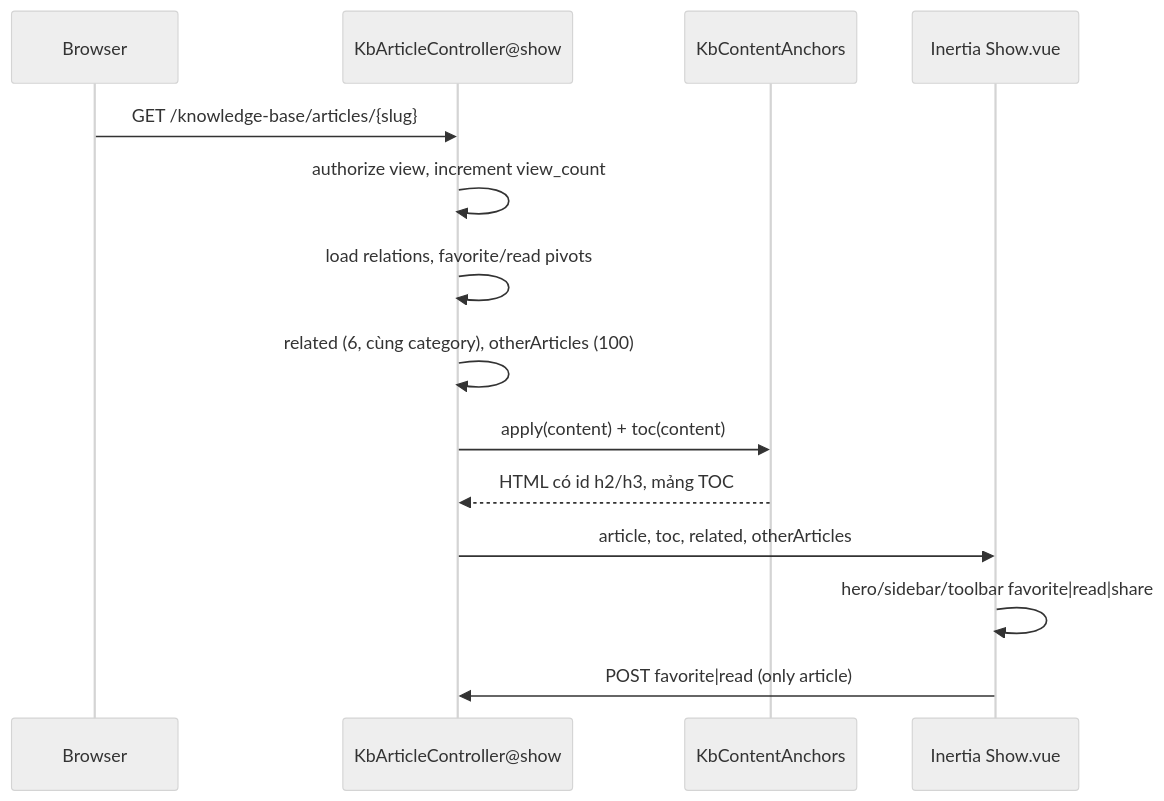
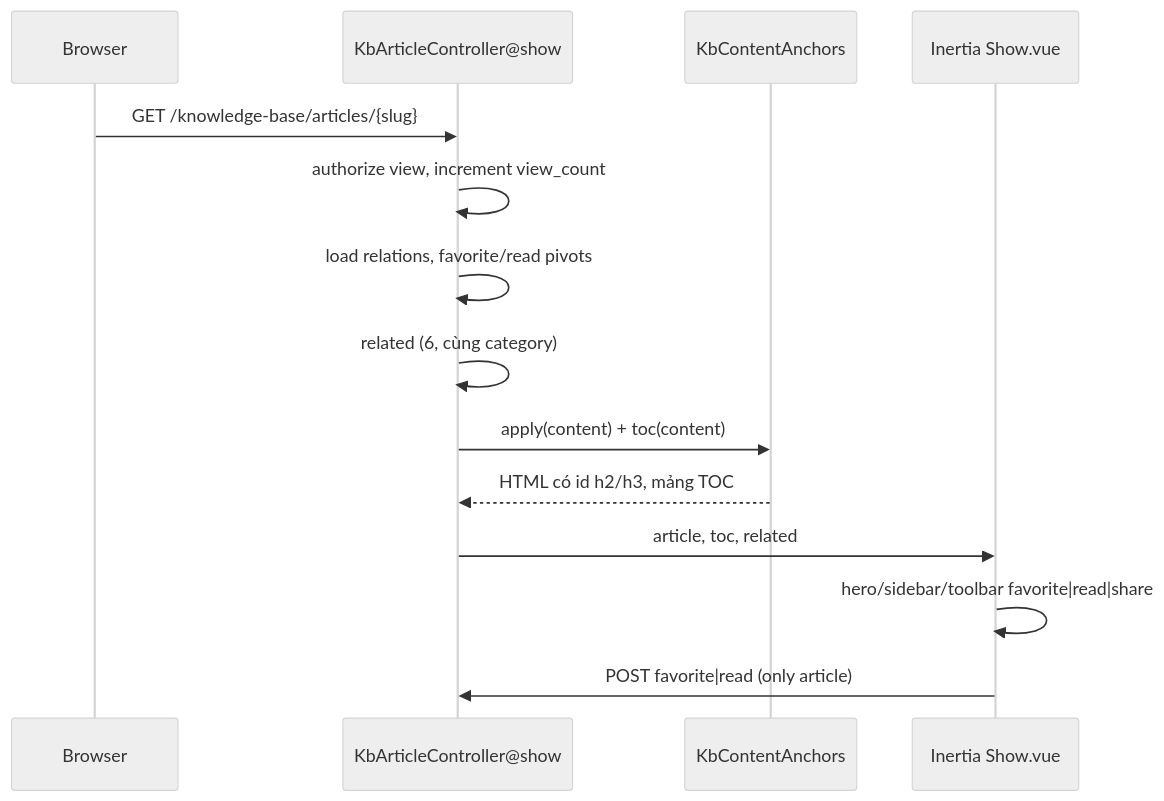
Before and after one commit to EasyToBuildWithKane/va-qlda: the first of 4 diagrams in docs/KNOWLEDGE_BASE.md, drawn with Mermaid (neutral theme). The commit also changed other lines of this file and 7 other files, not shown here.

````diff
--- a/docs/KNOWLEDGE_BASE.md
+++ b/docs/KNOWLEDGE_BASE.md
@@ -65,17 +65,17 @@
 ```mermaid
 sequenceDiagram
   participant B as Browser
   participant C as KbArticleController@show
   participant P as KbContentAnchors
   participant I as Inertia Show.vue
 
   B->>C: GET /knowledge-base/articles/{slug}
   C->>C: authorize view, increment view_count
   C->>C: load relations, favorite/read pivots
-  C->>C: related (6, cùng category), otherArticles (100)
+  C->>C: related (6, cùng category)
   C->>P: apply(content) + toc(content)
   P-->>C: HTML có id h2/h3, mảng TOC
-  C->>I: article, toc, related, otherArticles
+  C->>I: article, toc, related
   I->>I: hero/sidebar/toolbar favorite|read|share
   I->>C: POST favorite|read (only article)
 ```
````
